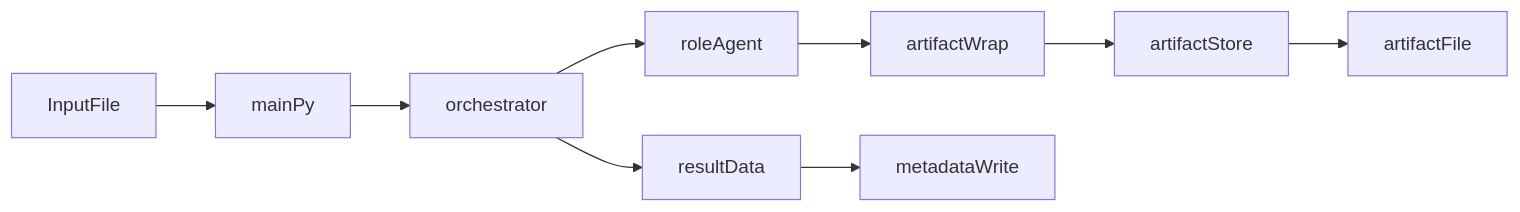
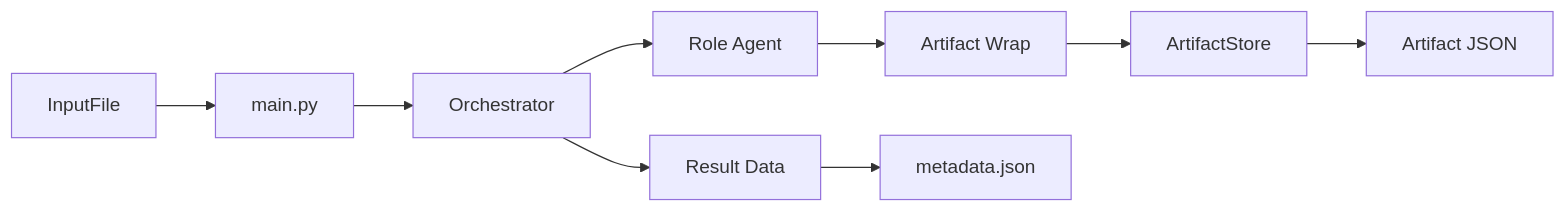
Before and after one commit to papa-vova/spec2code-naive: the diagram in agentic_refactoring_plan.md, drawn with Mermaid. The commit also changed other lines of this file and 11 other files, not shown here.

````diff
--- a/agentic_refactoring_plan.md
+++ b/agentic_refactoring_plan.md
@@ -402,11 +187,11 @@
 ```mermaid
 flowchart LR
-  inputFile[InputFile] --> mainPy[mainPy]
-  mainPy --> orchestrator[orchestrator]
-  orchestrator --> roleAgent[roleAgent]
-  roleAgent --> artifactWrap[artifactWrap]
-  artifactWrap --> artifactStore[artifactStore]
-  artifactStore --> artifactFile[artifactFile]
-  orchestrator --> resultData[resultData]
-  resultData --> metadataWrite[metadataWrite]
+  inputFile[InputFile] --> mainPy[main.py]
+  mainPy --> orchestrator[Orchestrator]
+  orchestrator --> roleAgent[Role Agent]
+  roleAgent --> artifactWrap[Artifact Wrap]
+  artifactWrap --> artifactStore[ArtifactStore]
+  artifactStore --> artifactFile[Artifact JSON]
+  orchestrator --> resultData[Result Data]
+  resultData --> metadataWrite[metadata.json]
 ```
````
